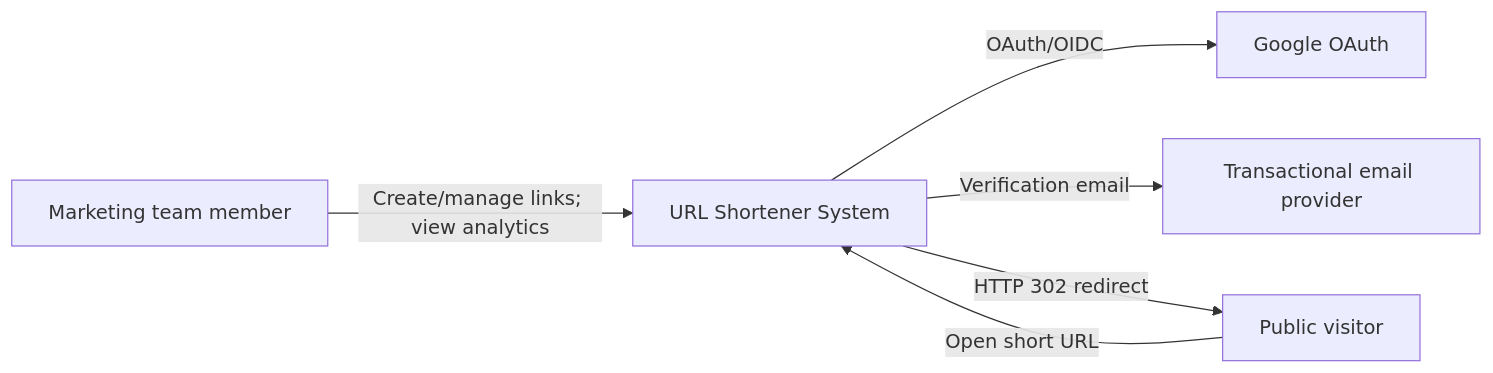
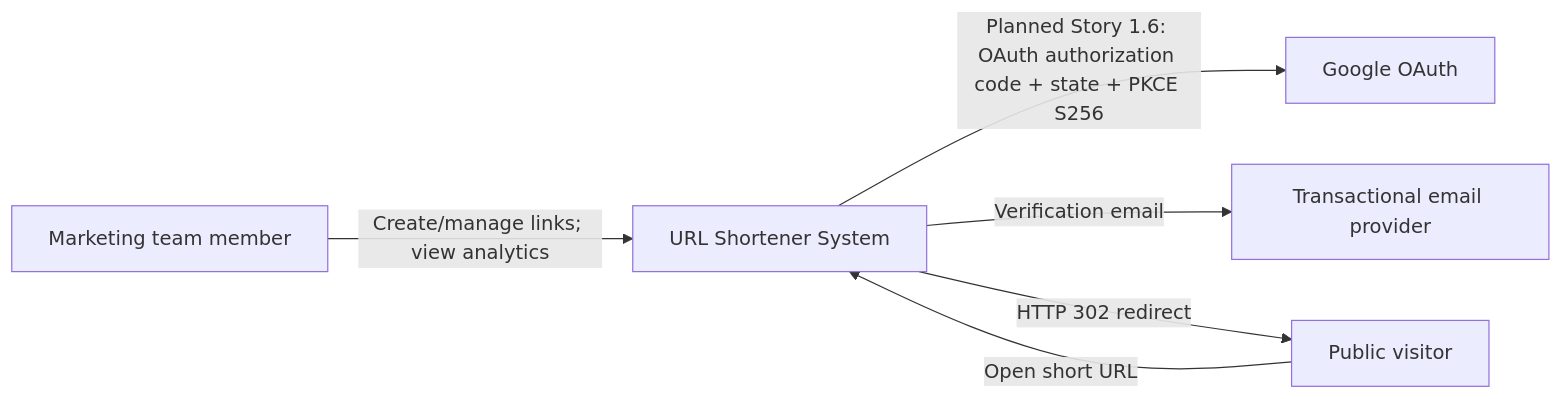
The first of 8 diagrams in _bmad-output/planning-artifacts/architecture/architecture-url_shortener_system-2026-07-19/C4-DIAGRAMS.md (AnLap2793/url_shortener_system), drawn with Mermaid before and after one commit. The commit also changed other lines of this file and 33 other files, not shown here.

````diff
--- a/_bmad-output/planning-artifacts/architecture/architecture-url_shortener_system-2026-07-19/C4-DIAGRAMS.md
+++ b/_bmad-output/planning-artifacts/architecture/architecture-url_shortener_system-2026-07-19/C4-DIAGRAMS.md
@@ -15,14 +15,14 @@
 ```mermaid
 flowchart LR
     Marketer[Marketing team member]
     Visitor[Public visitor]
     Google[Google OAuth]
     Email[Transactional email provider]
     System[URL Shortener System]
 
     Marketer -->|Create/manage links; view analytics| System
     Visitor -->|Open short URL| System
-    System -->|OAuth/OIDC| Google
+    System -->|Planned Story 1.6: OAuth authorization code + state + PKCE S256| Google
     System -->|Verification email| Email
     System -->|HTTP 302 redirect| Visitor
 ```
````
